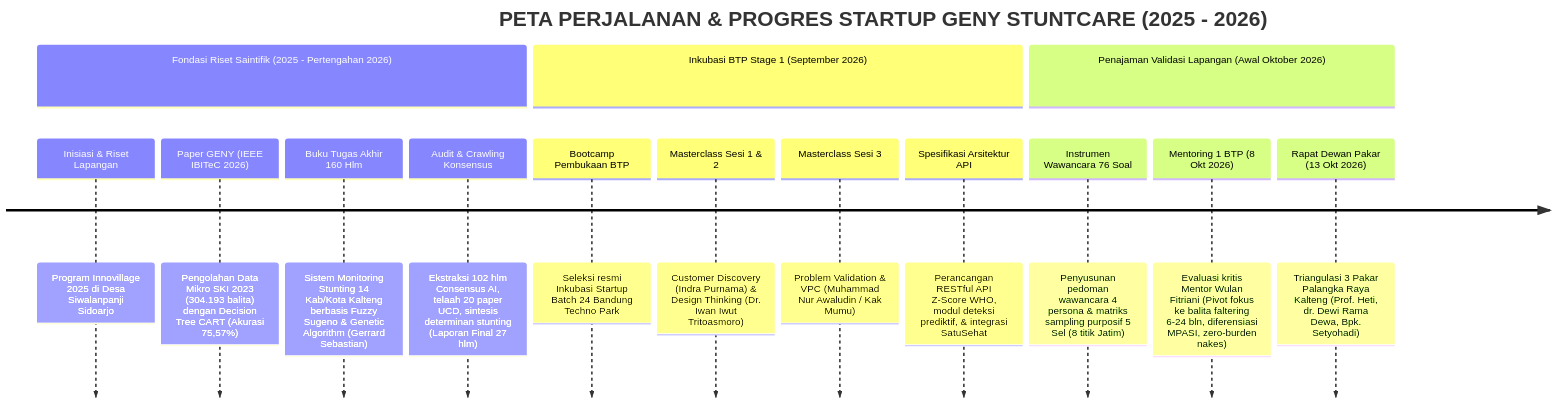
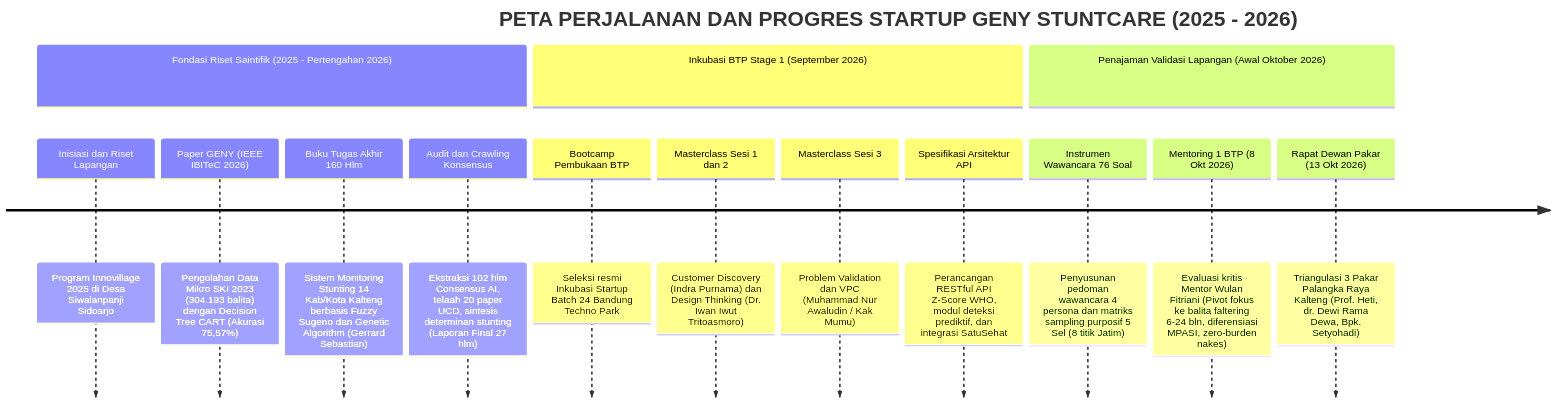
The first of 2 diagrams in 06-expert-advisory-meeting/README.md (gerrardgs/Inkubasi-Startup-BTP), drawn with Mermaid before and after one commit. The commit also changed other lines of this file and 2 other files, not shown here.

Commit message:
fix(mermaid): perbaiki sintaks mermaid diagram agar render sempurna di GitHub

````diff
--- a/06-expert-advisory-meeting/README.md
+++ b/06-expert-advisory-meeting/README.md
@@ -21,18 +21,18 @@
 ```mermaid
 timeline
-    title PETA PERJALANAN & PROGRES STARTUP GENY STUNTCARE (2025 - 2026)
+    title PETA PERJALANAN DAN PROGRES STARTUP GENY STUNTCARE (2025 - 2026)
     section Fondasi Riset Saintifik (2025 - Pertengahan 2026)
-        Inisiasi & Riset Lapangan : Program Innovillage 2025 di Desa Siwalanpanji Sidoarjo
+        Inisiasi dan Riset Lapangan : Program Innovillage 2025 di Desa Siwalanpanji Sidoarjo
         Paper GENY (IEEE IBITeC 2026) : Pengolahan Data Mikro SKI 2023 (304.193 balita) dengan Decision Tree CART (Akurasi 75,57%)
-        Buku Tugas Akhir 160 Hlm : Sistem Monitoring Stunting 14 Kab/Kota Kalteng berbasis Fuzzy Sugeno & Genetic Algorithm (Gerrard Sebastian)
-        Audit & Crawling Konsensus : Ekstraksi 102 hlm Consensus AI, telaah 20 paper UCD, sintesis determinan stunting (Laporan Final 27 hlm)
+        Buku Tugas Akhir 160 Hlm : Sistem Monitoring Stunting 14 Kab/Kota Kalteng berbasis Fuzzy Sugeno dan Genetic Algorithm (Gerrard Sebastian)
+        Audit dan Crawling Konsensus : Ekstraksi 102 hlm Consensus AI, telaah 20 paper UCD, sintesis determinan stunting (Laporan Final 27 hlm)
     section Inkubasi BTP Stage 1 (September 2026)
         Bootcamp Pembukaan BTP : Seleksi resmi Inkubasi Startup Batch 24 Bandung Techno Park
-        Masterclass Sesi 1 & 2 : Customer Discovery (Indra Purnama) & Design Thinking (Dr. Iwan Iwut Tritoasmoro)
-        Masterclass Sesi 3 : Problem Validation & VPC (Muhammad Nur Awaludin / Kak Mumu)
-        Spesifikasi Arsitektur API : Perancangan RESTful API Z-Score WHO, modul deteksi prediktif, & integrasi SatuSehat
+        Masterclass Sesi 1 dan 2 : Customer Discovery (Indra Purnama) dan Design Thinking (Dr. Iwan Iwut Tritoasmoro)
+        Masterclass Sesi 3 : Problem Validation dan VPC (Muhammad Nur Awaludin / Kak Mumu)
+        Spesifikasi Arsitektur API : Perancangan RESTful API Z-Score WHO, modul deteksi prediktif, dan integrasi SatuSehat
     section Penajaman Validasi Lapangan (Awal Oktober 2026)
-        Instrumen Wawancara 76 Soal : Penyusunan pedoman wawancara 4 persona & matriks sampling purposif 5 Sel (8 titik Jatim)
+        Instrumen Wawancara 76 Soal : Penyusunan pedoman wawancara 4 persona dan matriks sampling purposif 5 Sel (8 titik Jatim)
         Mentoring 1 BTP (8 Okt 2026) : Evaluasi kritis Mentor Wulan Fitriani (Pivot fokus ke balita faltering 6-24 bln, diferensiasi MPASI, zero-burden nakes)
         Rapat Dewan Pakar (13 Okt 2026) : Triangulasi 3 Pakar Palangka Raya Kalteng (Prof. Heti, dr. Dewi Rama Dewa, Bpk. Setyohadi)
 ```
````
